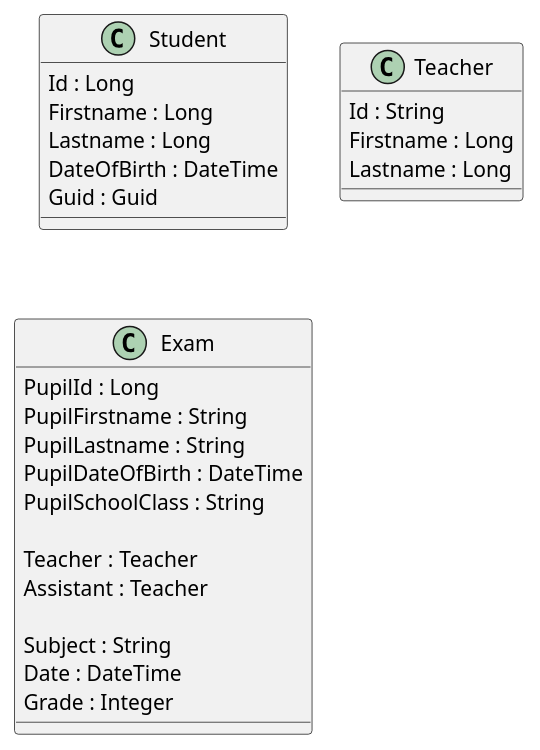
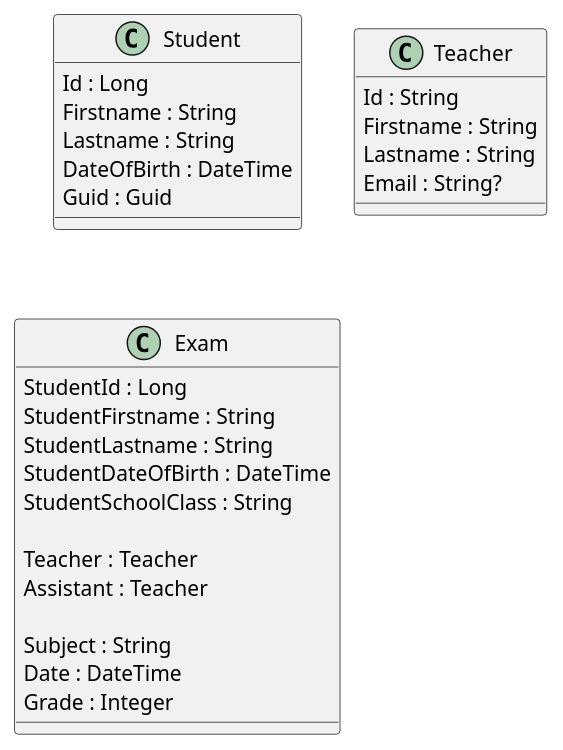
One commit to schletz/Dbi3Sem changed the diagram in 13_NoSQL/Projekt Pruefungsverwaltung/01 Modell.md. Above: the diagram before and after it, drawn with PlantUML.

````diff
--- a/13_NoSQL/Projekt Pruefungsverwaltung/01 Modell.md
+++ b/13_NoSQL/Projekt Pruefungsverwaltung/01 Modell.md
@@ -18,33 +18,34 @@
 ```plantuml
 @startuml
 class Student {
    Id : Long
-   Firstname : Long
-   Lastname : Long
+   Firstname : String
+   Lastname : String
    DateOfBirth : DateTime
    Guid : Guid
 }
 
 class Teacher {
     Id : String
-    Firstname : Long
-    Lastname : Long    
+    Firstname : String
+    Lastname : String
+    Email : String?
 }
 
 class Exam {
-    PupilId : Long
-    PupilFirstname : String
-    PupilLastname : String
-    PupilDateOfBirth : DateTime
-    PupilSchoolClass : String
+    StudentId : Long
+    StudentFirstname : String
+    StudentLastname : String
+    StudentDateOfBirth : DateTime
+    StudentSchoolClass : String
 
     Teacher : Teacher
     Assistant : Teacher
 
     Subject : String
     Date : DateTime
     Grade : Integer
 }
 
 @enduml
 ```
````
